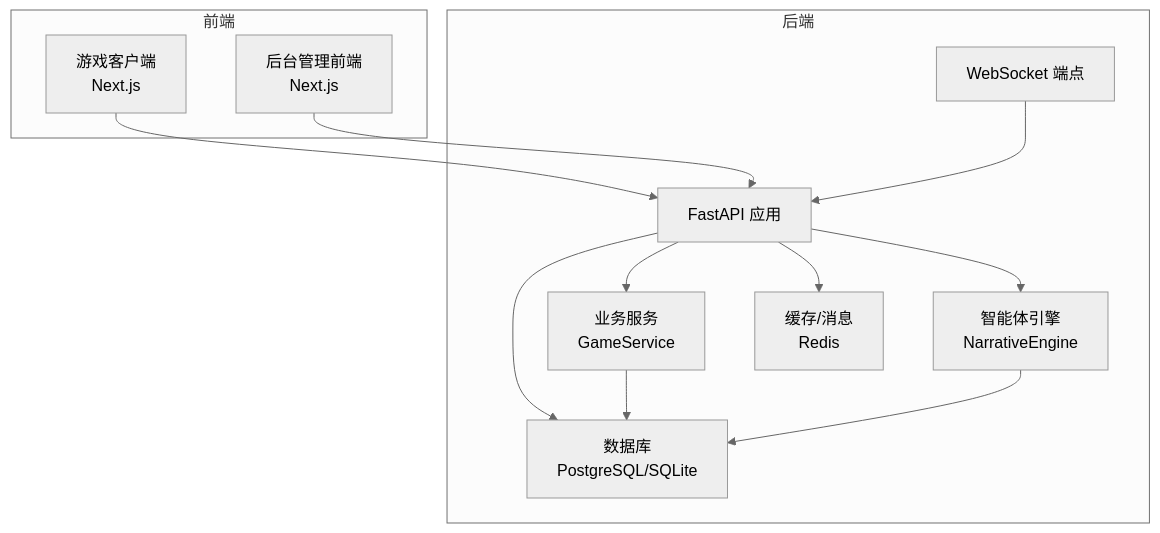
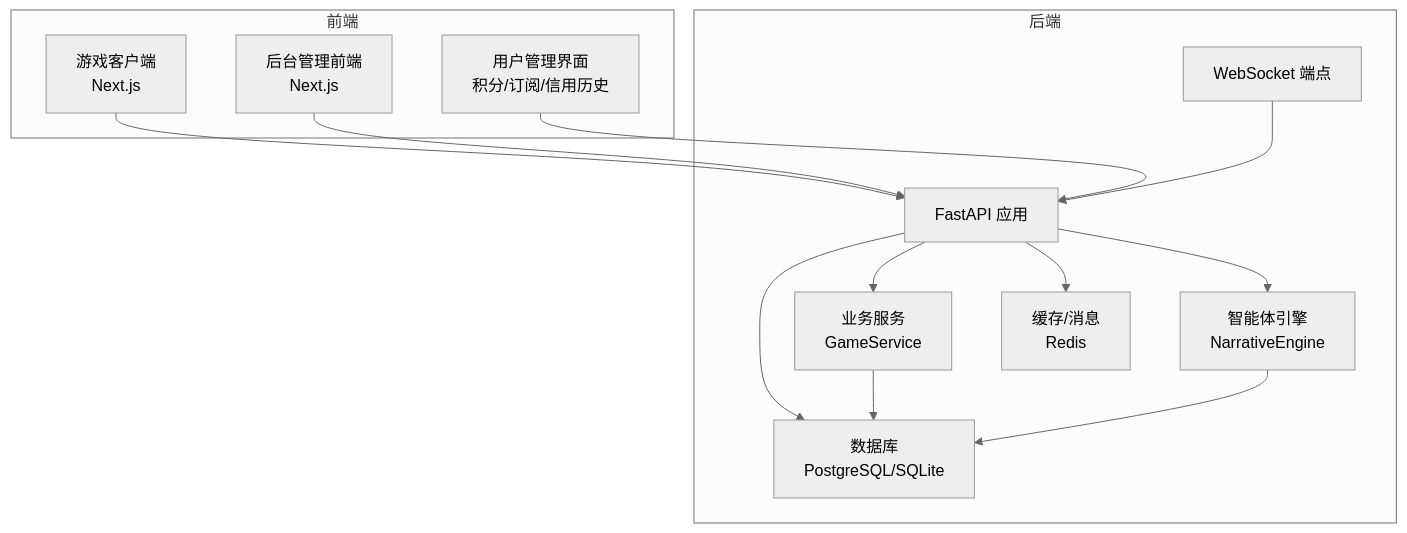
One commit to KunLabAI/KunFlix changed the second of 8 diagrams in .qoder/repowiki/zh/content/后台管理系统/玩家监控系统.md. Above: the diagram before and after it, drawn with Mermaid (neutral theme). The commit also changed other lines of this file and 43 other files, not shown here.

````diff
--- a/.qoder/repowiki/zh/content/后台管理系统/玩家监控系统.md
+++ b/.qoder/repowiki/zh/content/后台管理系统/玩家监控系统.md
@@ -133,24 +147,26 @@
 ```mermaid
 graph TB
 subgraph "前端"
 FE["游戏客户端<br/>Next.js"]
 ADM["后台管理前端<br/>Next.js"]
+END["用户管理界面<br/>积分/订阅/信用历史"]
 end
 subgraph "后端"
 API["FastAPI 应用"]
 WS["WebSocket 端点"]
 SRV["业务服务<br/>GameService"]
 AGT["智能体引擎<br/>NarrativeEngine"]
 DB["数据库<br/>PostgreSQL/SQLite"]
 REDIS["缓存/消息<br/>Redis"]
 end
 FE --> API
 ADM --> API
+END --> API
 API --> SRV
 API --> AGT
 API --> DB
 API --> REDIS
 WS --> API
 SRV --> DB
 AGT --> DB
 ```
````
